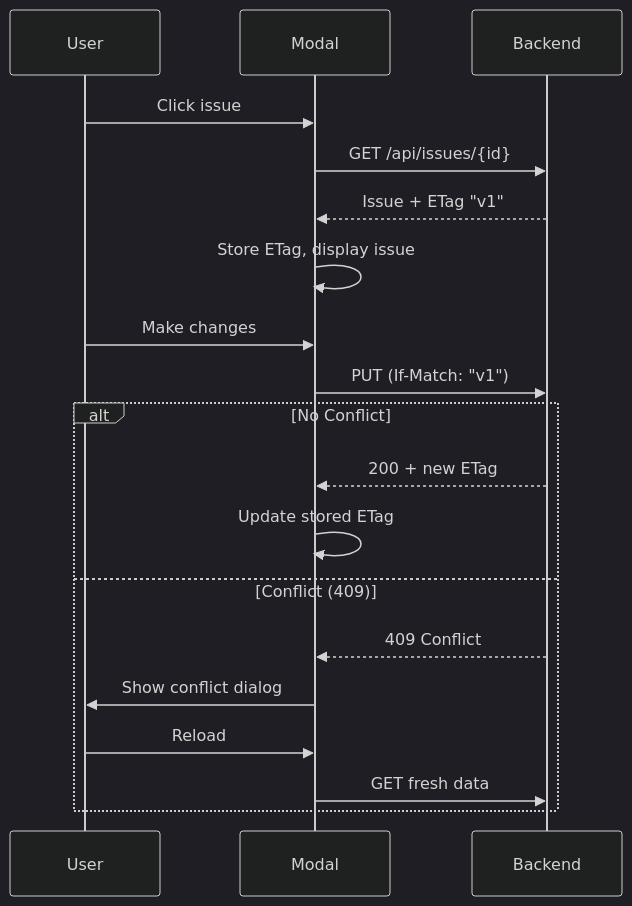
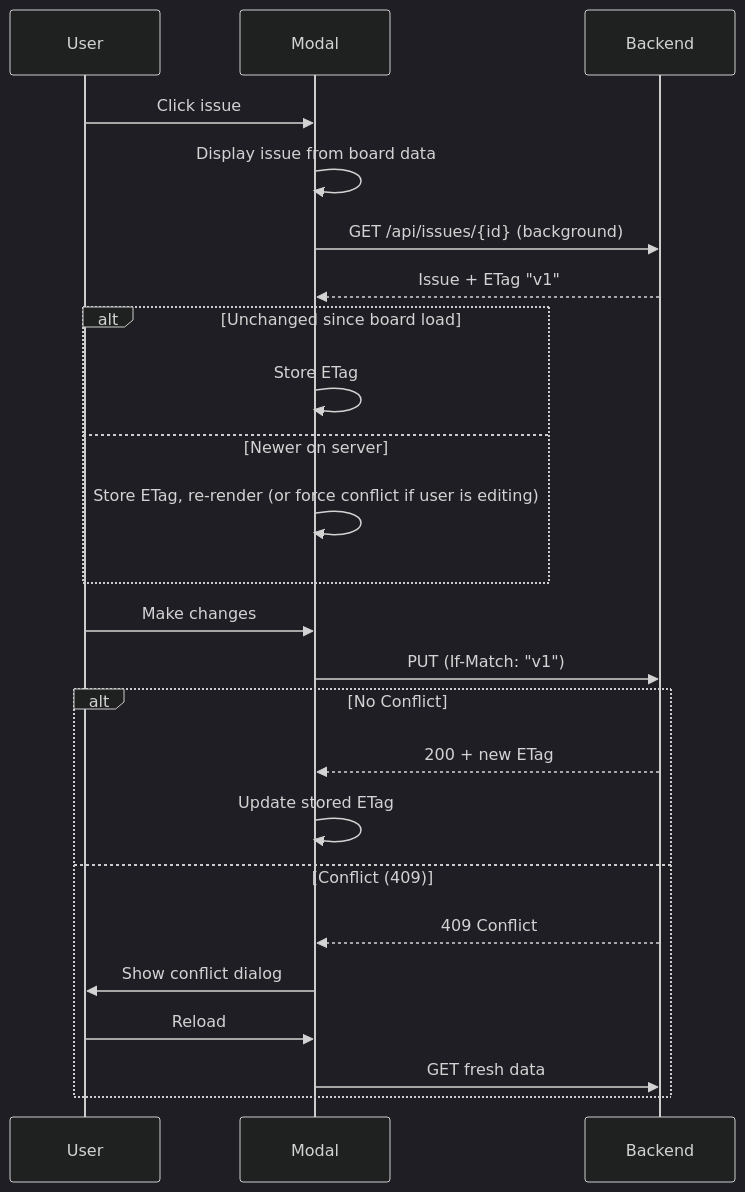
One commit to pwurbs/wuflow changed the diagram in docs/concurrency-control.md. Above: the diagram before and after it, drawn with Mermaid (dark theme). The commit also changed other lines of this file and 24 other files, not shown here.

Commit message:
perf(issues): Issue details now open instantly from the already loaded board data instead of waiting for several API requests

````diff
--- a/docs/concurrency-control.md
+++ b/docs/concurrency-control.md
@@ -16,22 +16,27 @@
 ```mermaid
 sequenceDiagram
     participant User as User
     participant Modal as Modal
     participant API as Backend
 
     User->>Modal: Click issue
-    Modal->>API: GET /api/issues/{id}
+    Modal->>Modal: Display issue from board data
+    Modal->>API: GET /api/issues/{id} (background)
     API-->>Modal: Issue + ETag "v1"
-    Modal->>Modal: Store ETag, display issue
+    alt Unchanged since board load
+        Modal->>Modal: Store ETag
+    else Newer on server
+        Modal->>Modal: Store ETag, re-render (or force conflict if user is editing)
+    end
     User->>Modal: Make changes
     Modal->>API: PUT (If-Match: "v1")
     alt No Conflict
         API-->>Modal: 200 + new ETag
         Modal->>Modal: Update stored ETag
     else Conflict (409)
         API-->>Modal: 409 Conflict
         Modal->>User: Show conflict dialog
         User->>Modal: Reload
         Modal->>API: GET fresh data
     end
 ```
````
